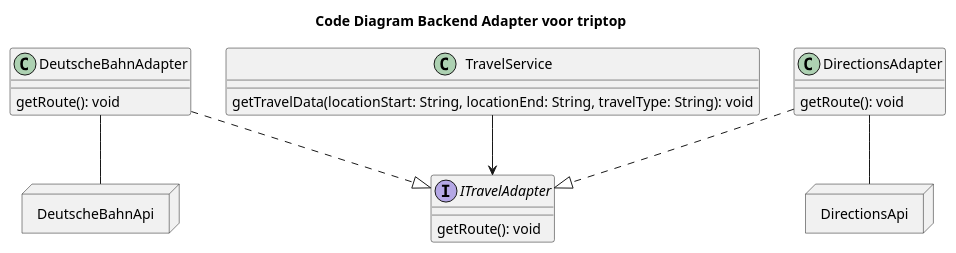
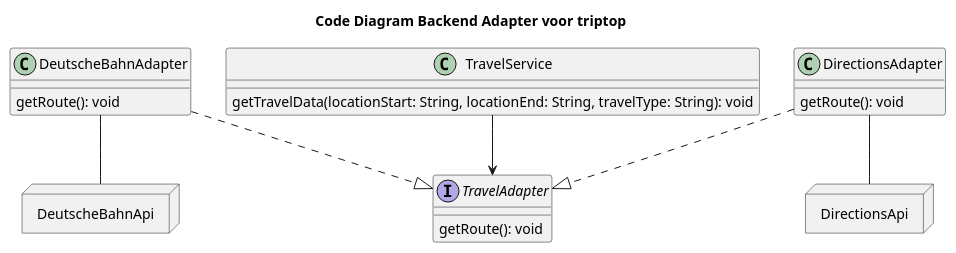
The diagram in joost c4 code diagram adapter.puml (AIM-ENE-feb25/triptop-groep-tweeeeeeeeeeeeeeeeeeeeee), drawn with PlantUML before and after one commit. The commit also changed 1 other file, not shown here.

Commit message:
code diagram done

```diff
--- a/joost c4 code diagram adapter.puml
+++ b/joost c4 code diagram adapter.puml
@@ -1,37 +1,37 @@
 @startuml
 'https://plantuml.com/class-diagram
 title Code Diagram Backend Adapter voor triptop
 
 
 class TravelService{
     getTravelData(locationStart: String, locationEnd: String, travelType: String): void
 }
 
-interface ITravelAdapter{
+interface TravelAdapter{
    getRoute(): void
 }
 class DirectionsAdapter{
  getRoute(): void
 }
 class DeutscheBahnAdapter{
   getRoute(): void
 }
 
 
 
 
-TravelService --> ITravelAdapter
+TravelService --> TravelAdapter
 
-DirectionsAdapter..|> ITravelAdapter
-DeutscheBahnAdapter ..|> ITravelAdapter
+DirectionsAdapter..|> TravelAdapter
+DeutscheBahnAdapter ..|> TravelAdapter
 
 
 node DeutscheBahnAPI as "DeutscheBahnApi"{
    }
 
 node DirectionsApi as "DirectionsApi"{
    }
 
 DirectionsAdapter -- DirectionsApi
 DeutscheBahnAdapter -- DeutscheBahnAPI
 @enduml
```
